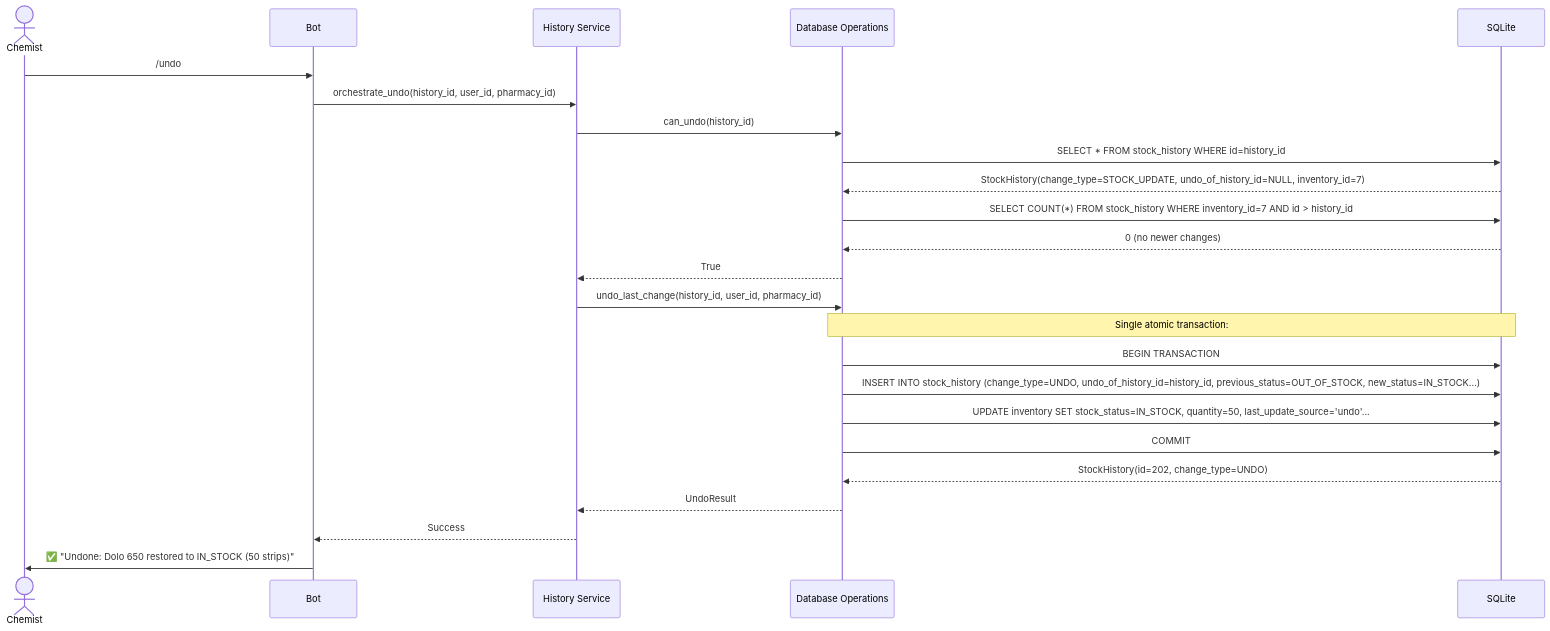
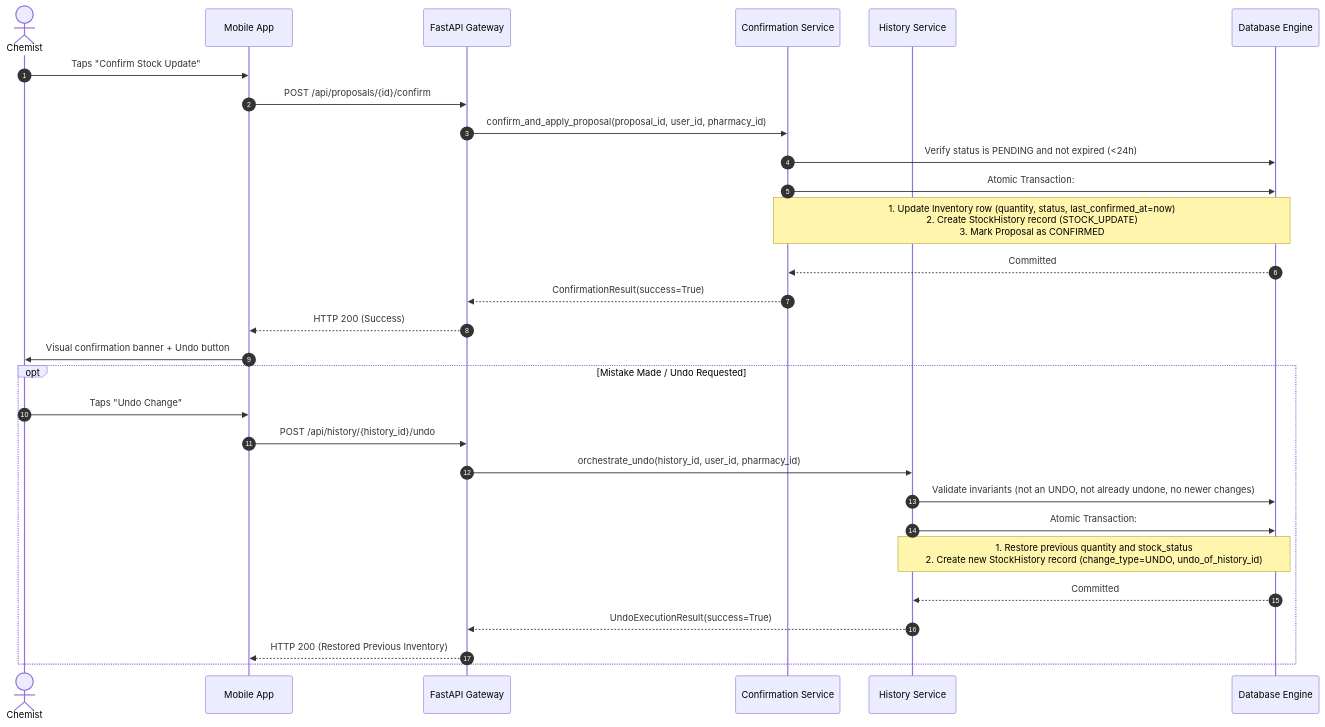
One commit to Shubhansh013/MediBridge changed the second of 2 diagrams in docs/architecture.md. Above: the diagram before and after it, drawn with Mermaid. The commit also changed other lines of this file and 8 other files, not shown here.

First line of the commit message:
feat(mobile): integrate Stitch design mobile app and finalize Phase 10 specifications

````diff
--- a/docs/architecture.md
+++ b/docs/architecture.md
@@ -622,29 +125,33 @@
 ```mermaid
 sequenceDiagram
+    autonumber
     actor Chemist
-    participant Bot
-    participant HS as History Service
-    participant DB as Database Operations
-    participant SQLite
-    
-    Chemist->>Bot: /undo
-    Bot->>HS: orchestrate_undo(history_id, user_id, pharmacy_id)
-    HS->>DB: can_undo(history_id)
-    DB->>SQLite: SELECT * FROM stock_history WHERE id=history_id
-    SQLite-->>DB: StockHistory(change_type=STOCK_UPDATE, undo_of_history_id=NULL, inventory_id=7)
-    DB->>SQLite: SELECT COUNT(*) FROM stock_history WHERE inventory_id=7 AND id > history_id
-    SQLite-->>DB: 0 (no newer changes)
-    DB-->>HS: True
-    HS->>DB: undo_last_change(history_id, user_id, pharmacy_id)
-    
-    Note over DB,SQLite: Single atomic transaction:
-    DB->>SQLite: BEGIN TRANSACTION
-    DB->>SQLite: INSERT INTO stock_history (change_type=UNDO, undo_of_history_id=history_id, previous_status=OUT_OF_STOCK, new_status=IN_STOCK...)
-    DB->>SQLite: UPDATE inventory SET stock_status=IN_STOCK, quantity=50, last_update_source='undo'...
-    DB->>SQLite: COMMIT
-    
-    SQLite-->>DB: StockHistory(id=202, change_type=UNDO)
-    DB-->>HS: UndoResult
-    HS-->>Bot: Success
-    Bot->>Chemist: ✅ "Undone: Dolo 650 restored to IN_STOCK (50 strips)"
+    participant MobileUI as Mobile App
+    participant Gateway as FastAPI Gateway
+    participant ConfSvc as Confirmation Service
+    participant UndoSvc as History Service
+    participant DB as Database Engine
+
+    Chemist->>MobileUI: Taps "Confirm Stock Update"
+    MobileUI->>Gateway: POST /api/proposals/{id}/confirm
+    Gateway->>ConfSvc: confirm_and_apply_proposal(proposal_id, user_id, pharmacy_id)
+    ConfSvc->>DB: Verify status is PENDING and not expired (<24h)
+    ConfSvc->>DB: Atomic Transaction:
+    Note over ConfSvc,DB: 1. Update Inventory row (quantity, status, last_confirmed_at=now)<br/>2. Create StockHistory record (STOCK_UPDATE)<br/>3. Mark Proposal as CONFIRMED
+    DB-->>ConfSvc: Committed
+    ConfSvc-->>Gateway: ConfirmationResult(success=True)
+    Gateway-->>MobileUI: HTTP 200 (Success)
+    MobileUI->>Chemist: Visual confirmation banner + Undo button
+
+    opt Mistake Made / Undo Requested
+        Chemist->>MobileUI: Taps "Undo Change"
+        MobileUI->>Gateway: POST /api/history/{history_id}/undo
+        Gateway->>UndoSvc: orchestrate_undo(history_id, user_id, pharmacy_id)
+        UndoSvc->>DB: Validate invariants (not an UNDO, not already undone, no newer changes)
+        UndoSvc->>DB: Atomic Transaction:
+        Note over UndoSvc,DB: 1. Restore previous quantity and stock_status<br/>2. Create new StockHistory record (change_type=UNDO, undo_of_history_id)
+        DB-->>UndoSvc: Committed
+        UndoSvc-->>Gateway: UndoExecutionResult(success=True)
+        Gateway-->>MobileUI: HTTP 200 (Restored Previous Inventory)
+    end
 ```
````
